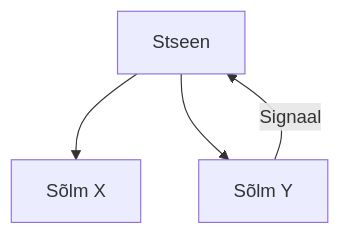
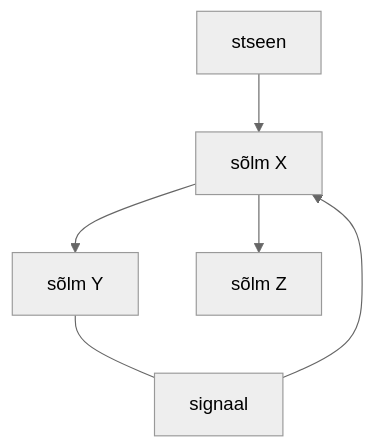
Before and after one commit to taavippp/godot: the diagram in tutvustus/pohilised-moisted.md, drawn with Mermaid. The commit also changed other lines of this file and 1 other file, not shown here.

Commit message:
mermaid.js

````diff
--- a/tutvustus/pohilised-moisted.md
+++ b/tutvustus/pohilised-moisted.md
@@ -18,9 +18,14 @@
 ```mermaid
+%%{init: {'theme':'neutral'}}%%
 flowchart TD;
-    scene["Stseen"];
-    node1["Sõlm X"];
-    node2["Sõlm Y"];
+    scene["stseen"];
+    node1["sõlm X"];
+    node2["sõlm Y"];
+    node3["sõlm Z"];
+    signal["signaal"];
     scene --> node1;
-    scene --> node2;
-    node2 -- "Signaal" --> scene;
+    node1 --> node2;
+    node1 --> node3;
+    node2 --- signal;
+    signal --> node1;
 ```
````
